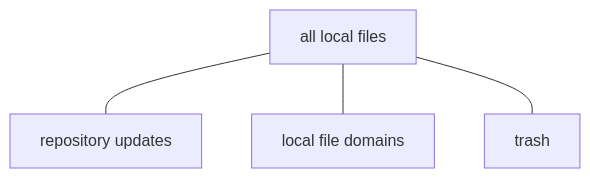
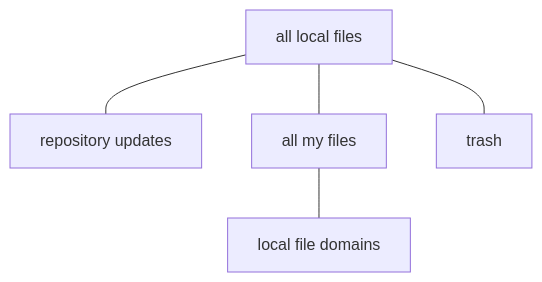
The first of 4 diagrams in docs/advanced_multiple_local_file_services.md (hydrusnetwork/hydrus), drawn with Mermaid before and after one commit. The commit also changed other lines of this file and 57 other files, not shown here.

````diff
--- a/docs/advanced_multiple_local_file_services.md
+++ b/docs/advanced_multiple_local_file_services.md
@@ -92,6 +94,7 @@
 ```mermaid
 graph TB
   A[all local files] --- B[repository updates]
-  A --- C[local file domains]
-  A --- D[trash]
+  A --- C[all my files]
+  C --- D[local file domains]
+  A --- E[trash]
 ```
````
